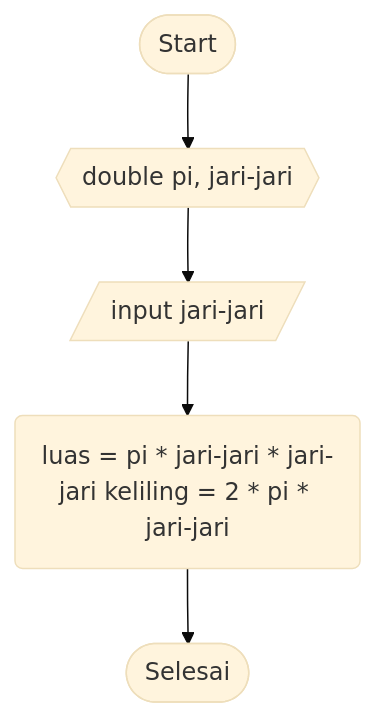
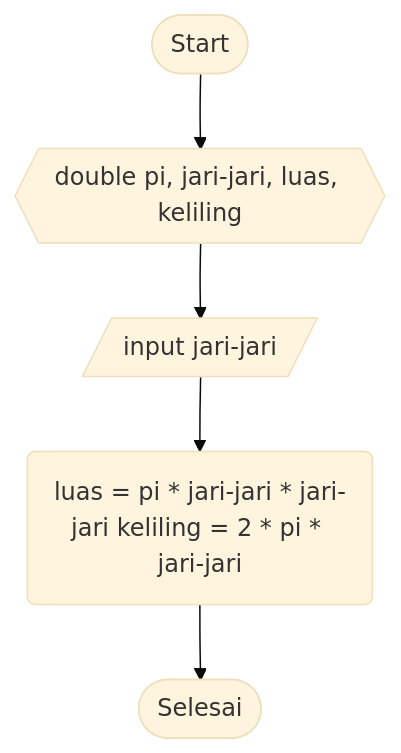
One commit to SATRIODIANNUGROHO/Latihan4_27_SatrioDianNugroho changed the diagram in Lingkaran.md. Above: the diagram before and after it, drawn with Mermaid (base theme).

````diff
--- a/Lingkaran.md
+++ b/Lingkaran.md
@@ -15,7 +15,7 @@
 ```mermaid
 graph TD;
-    A([Start])-->B{{double pi, jari-jari}};
-    B{{double pi, jari-jari}}-->C[/input jari-jari/];
+    A([Start])-->B{{double pi, jari-jari, luas, keliling}};
+    B{{double pi, jari-jari, luas, keliling}}-->C[/input jari-jari/];
     C[/input jari-jari/]-->D(luas = pi * jari-jari * jari-jari keliling = 2 * pi * jari-jari);
     D(luas = pi * jari-jari * jari-jari keliling = 2 * pi * jari-jari)-->E([Selesai]);
 ```
````
